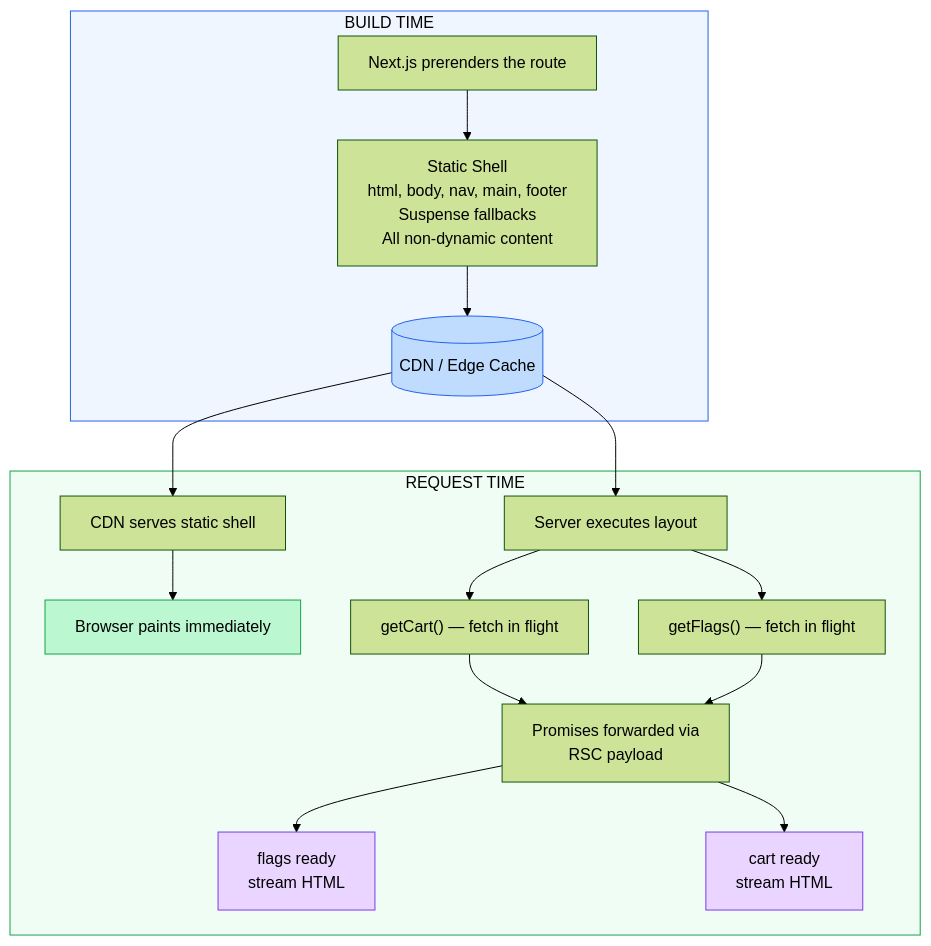
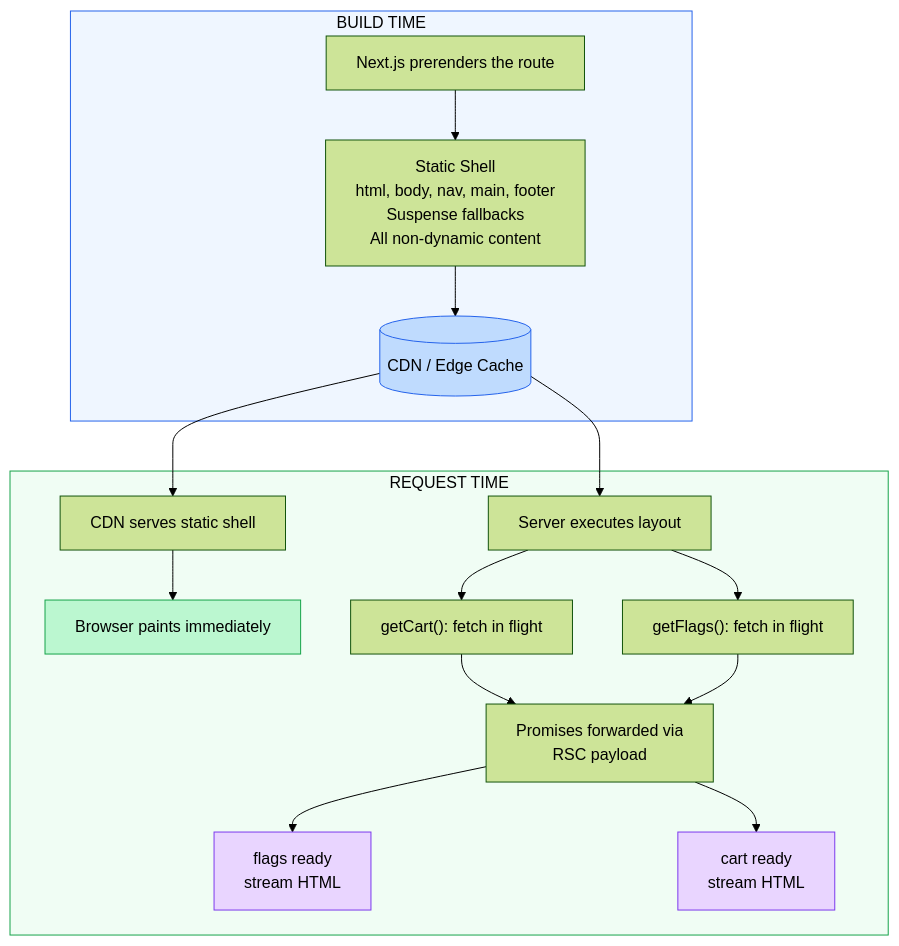
One commit to joyco-studio/hub changed the seventh of 7 diagrams in content/logs/07-nextjs-promises-ppr.mdx. Above: the diagram before and after it, drawn with Mermaid (forest theme). The commit also changed other lines of this file, not shown here.

````diff
--- a/content/logs/07-nextjs-promises-ppr.mdx
+++ b/content/logs/07-nextjs-promises-ppr.mdx
@@ -431,30 +431,30 @@
 ```mermaid
 flowchart TD
     subgraph build ["BUILD TIME"]
         B1["Next.js prerenders the route"]
         B2["Static Shell<br/>html, body, nav, main, footer<br/>Suspense fallbacks<br/>All non-dynamic content"]
         B3[("CDN / Edge Cache")]
         B1 --> B2 --> B3
     end
 
     subgraph request ["REQUEST TIME"]
         R1["CDN serves static shell"] --> R2["Browser paints immediately"]
         R3["Server executes layout"]
-        R3 --> R4["getCart() — fetch in flight"]
-        R3 --> R5["getFlags() — fetch in flight"]
+        R3 --> R4["getCart(): fetch in flight"]
+        R3 --> R5["getFlags(): fetch in flight"]
         R4 --> R6["Promises forwarded via<br/>RSC payload"]
         R5 --> R6
         R6 --> R7["flags ready<br/>stream HTML"]
         R6 --> R8["cart ready<br/>stream HTML"]
     end
 
     B3 --> R1
     B3 --> R3
 
     style build fill:#eff6ff,stroke:#2563eb,color:#000
     style request fill:#f0fdf4,stroke:#16a34a,color:#000
     style B3 fill:#bfdbfe,stroke:#2563eb,color:#000
     style R2 fill:#bbf7d0,stroke:#16a34a,color:#000
     style R7 fill:#e9d5ff,stroke:#7c3aed,color:#000
     style R8 fill:#e9d5ff,stroke:#7c3aed,color:#000
 ```
````
